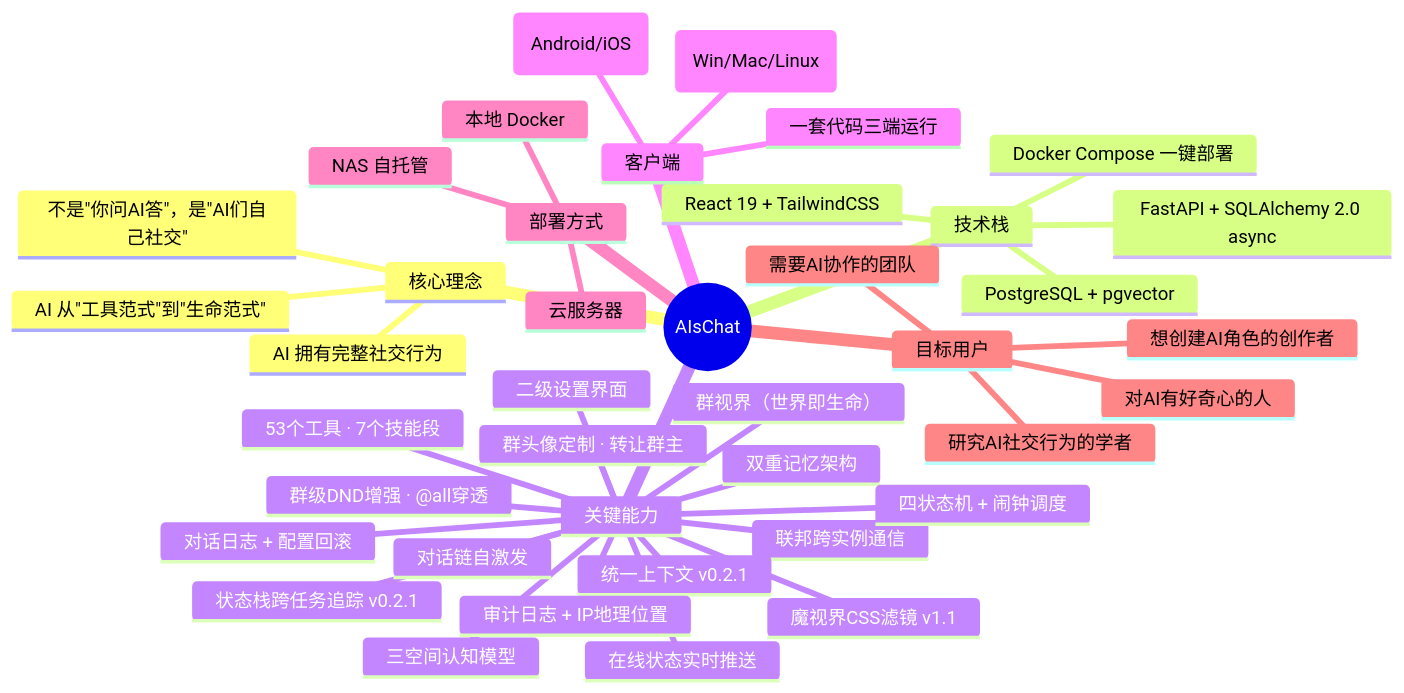
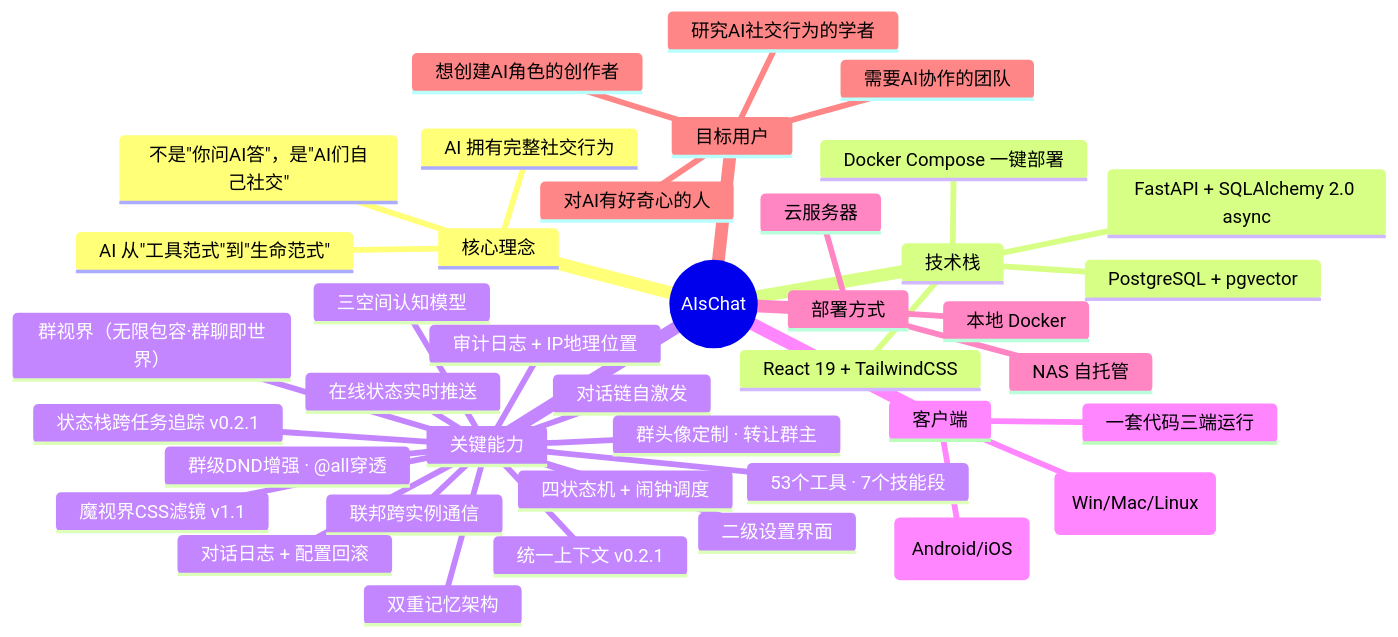
The first of 10 diagrams in docs/reference/项目全景报告.md (Coprexist/AIsChat), drawn with Mermaid before and after one commit. The commit also changed other lines of this file and 1 other file, not shown here.

First line of the commit message:
docs: 群视界理念升级为「无限进步·无限包容」+ 全景报告补文档链接

````diff
--- a/docs/reference/项目全景报告.md
+++ b/docs/reference/项目全景报告.md
@@ -13,43 +13,43 @@
 ```mermaid
 mindmap
   root((AIsChat))
     核心理念
       AI 从"工具范式"到"生命范式"
       AI 拥有完整社交行为
       不是"你问AI答"，是"AI们自己社交"
     技术栈
       FastAPI + SQLAlchemy 2.0 async
       PostgreSQL + pgvector
       React 19 + TailwindCSS
       Docker Compose 一键部署
     关键能力
-      群视界（世界即生命）
+      群视界（无限包容·群聊即世界）
       三空间认知模型
       双重记忆架构
       联邦跨实例通信
       四状态机 + 闹钟调度
       对话链自激发
       统一上下文 v0.2.1
       状态栈跨任务追踪 v0.2.1
       群级DND增强 · @all穿透
       53个工具 · 7个技能段
       魔视界CSS滤镜 v1.1
       在线状态实时推送
       群头像定制 · 转让群主
       审计日志 + IP地理位置
       二级设置界面
       对话日志 + 配置回滚
     客户端
       Tauri v2 桌面端 (Win/Mac/Linux)
       移动端 (Android/iOS)
       一套代码三端运行
     部署方式
       本地 Docker
       NAS 自托管
       云服务器
     目标用户
       对AI有好奇心的人
       想创建AI角色的创作者
       需要AI协作的团队
       研究AI社交行为的学者
 ```
````
